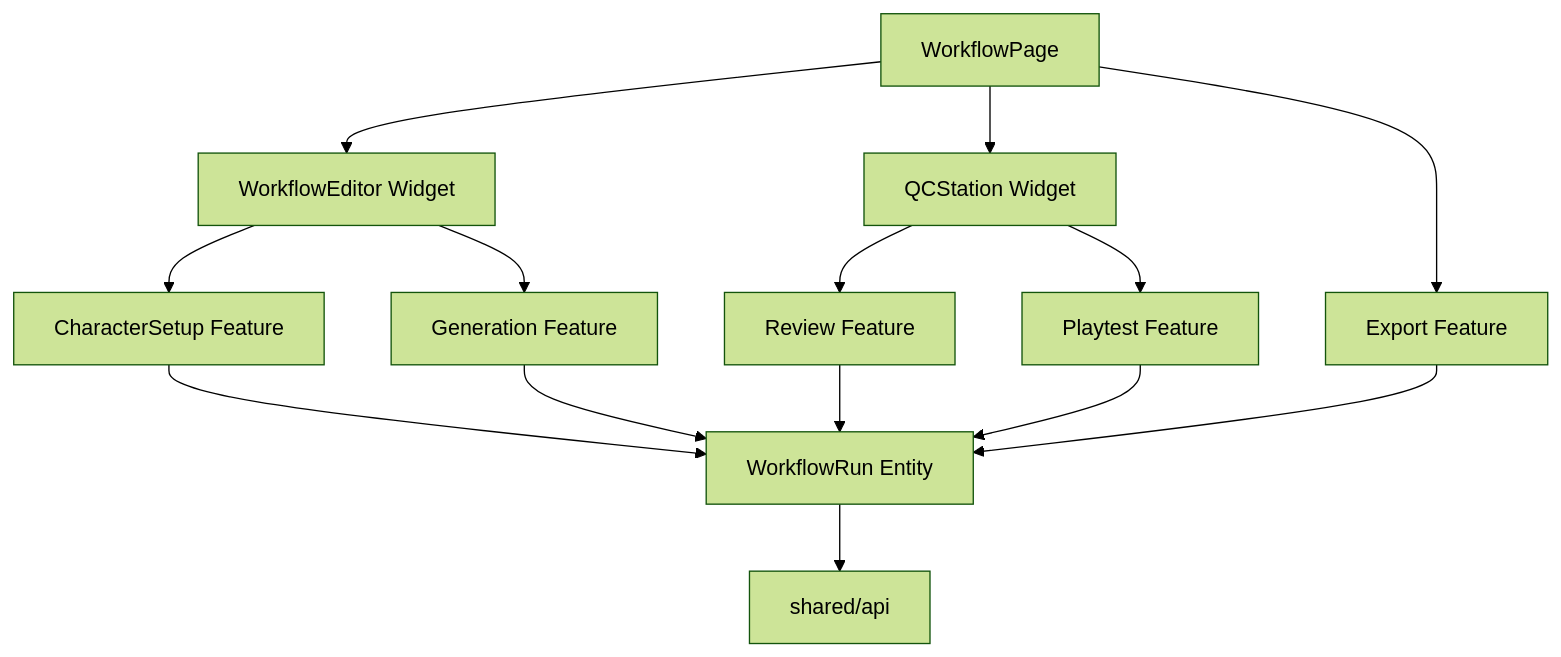
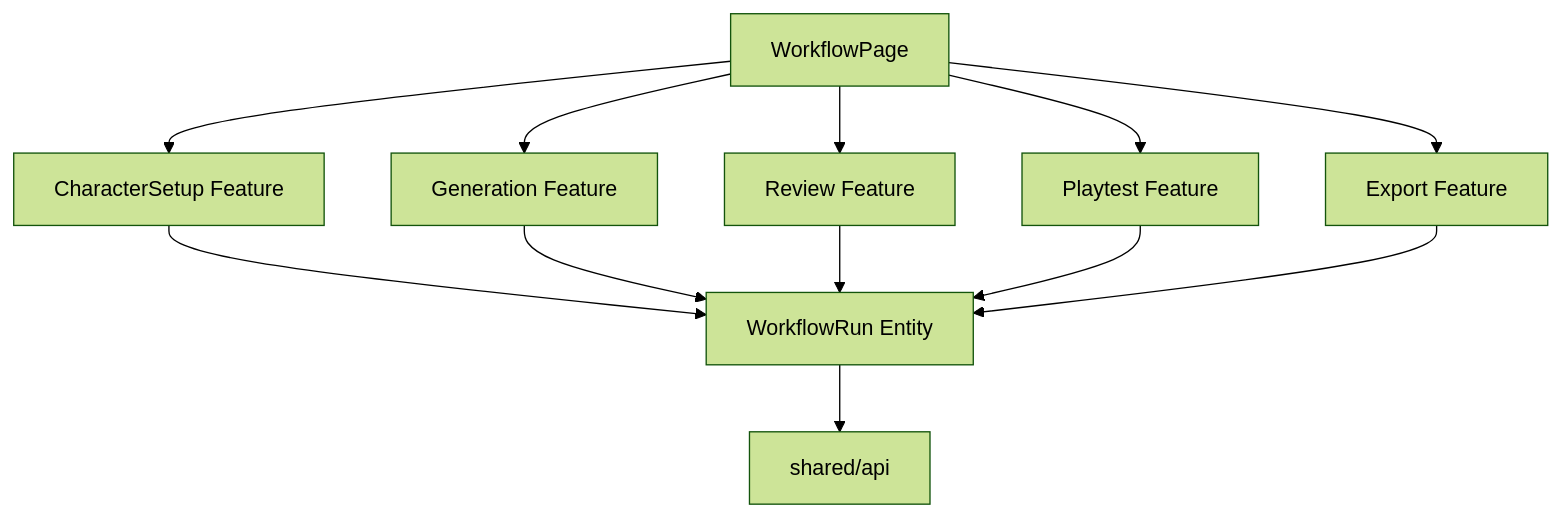
One commit to 1024XEngineer/Windup changed the fourth of 4 diagrams in docs/frontend-architecture.md. Above: the diagram before and after it, drawn with Mermaid (forest theme). The commit also changed other lines of this file, not shown here.

First line of the commit message:
docs(frontend-architecture): drop widgets layer, pages compose features directly

````diff
--- a/docs/frontend-architecture.md
+++ b/docs/frontend-architecture.md
@@ -182,16 +176,14 @@
 ```mermaid
 flowchart TB
-    page["WorkflowPage"] --> editor["WorkflowEditor Widget"]
-    page --> qc["QCStation Widget"]
+    page["WorkflowPage"] --> characterSetup["CharacterSetup Feature"]
+    page --> generation["Generation Feature"]
+    page --> review["Review Feature"]
+    page --> playtest["Playtest Feature"]
     page --> export["Export Feature"]
-    editor --> characterSetup["CharacterSetup Feature"]
-    editor --> generation["Generation Feature"]
-    qc --> review["Review Feature"]
-    qc --> playtest["Playtest Feature"]
     characterSetup --> run["WorkflowRun Entity"]
     generation --> run
     review --> run
     playtest --> run
     export --> run
     run --> api["shared/api"]
 ```
````
